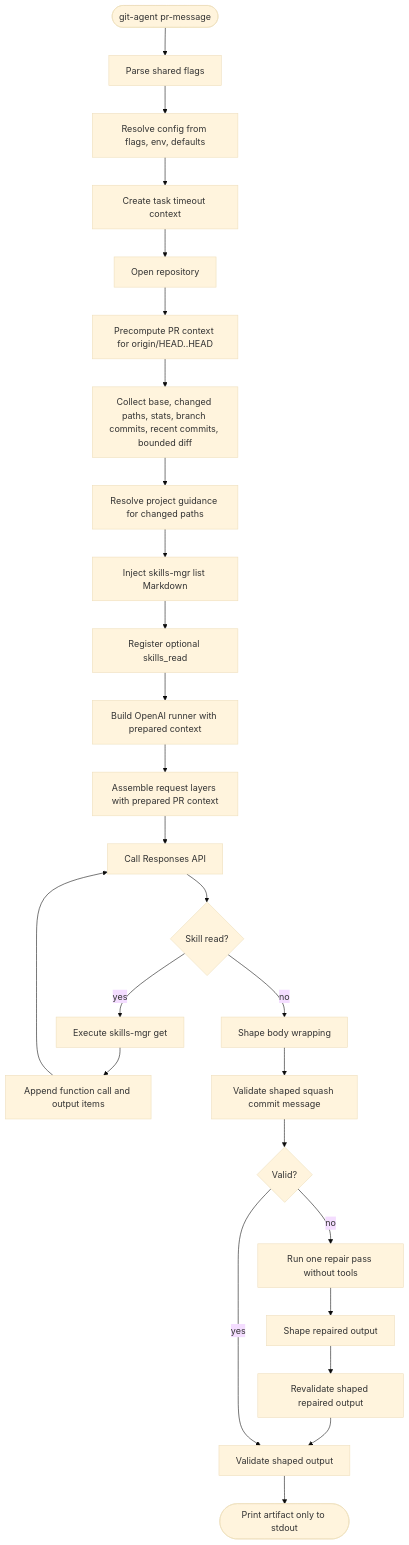
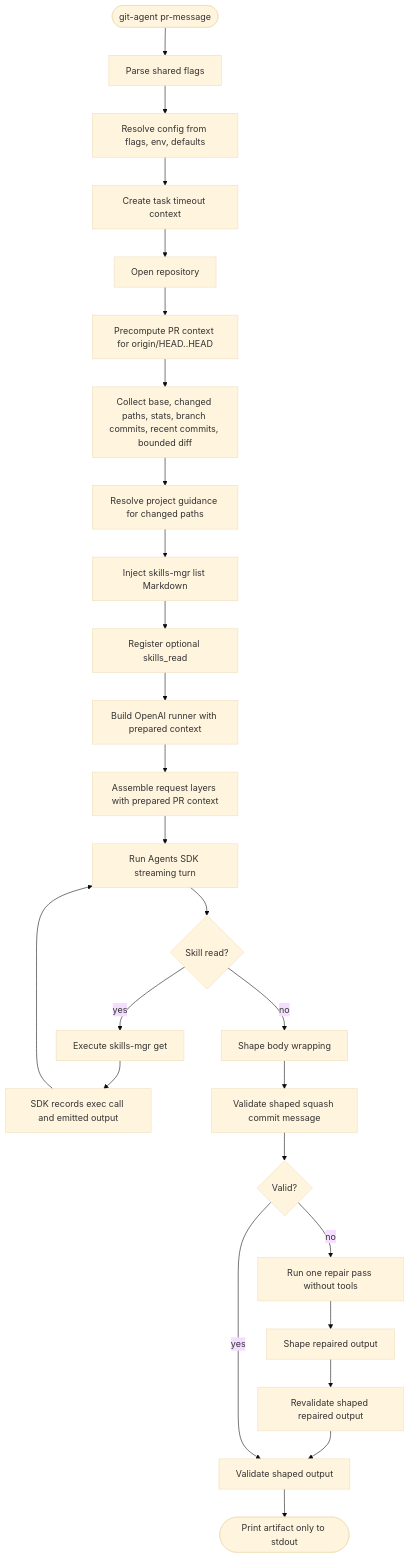
Before and after one commit to yusing/git-agent: the fourth of 5 diagrams in docs/spec.md, drawn with Mermaid (base theme). The commit also changed other lines of this file and 47 other files, not shown here.

First line of the commit message:
refactor(agent): migrate execution to the OpenAI Agents SDK

````diff
--- a/docs/spec.md
+++ b/docs/spec.md
@@ -1620,28 +1572,28 @@
 ```mermaid
 flowchart TD
     Start([git-agent pr-message]) --> Parse[Parse shared flags]
     Parse --> Resolve[Resolve config from flags, env, defaults]
     Resolve --> Timeout[Create task timeout context]
     Timeout --> OpenRepo[Open repository]
     OpenRepo --> Prepare[Precompute PR context for origin/HEAD..HEAD]
     Prepare --> Evidence[Collect base, changed paths, stats, branch commits, recent commits, bounded diff]
     Evidence --> Guidance[Resolve project guidance for changed paths]
     Guidance --> Skills[Inject skills-mgr list Markdown]
     Skills --> Registry[Register optional skills_read]
     Registry --> Runner[Build OpenAI runner with prepared context]
     Runner --> Request[Assemble request layers with prepared PR context]
-    Request --> Model[Call Responses API]
+    Request --> Model[Run Agents SDK streaming turn]
     Model --> ToolDecision{Skill read?}
     ToolDecision -- yes --> ExecuteSkill[Execute skills-mgr get]
-    ExecuteSkill --> Continue[Append function call and output items]
+    ExecuteSkill --> Continue[SDK records exec call and emitted output]
     Continue --> Model
     ToolDecision -- no --> Shape[Shape body wrapping]
     Shape --> Validate[Validate shaped squash commit message]
     Validate --> Valid{Valid?}
     Valid -- no --> Repair[Run one repair pass without tools]
     Repair --> Reshape[Shape repaired output]
     Reshape --> Revalidate[Revalidate shaped repaired output]
     Revalidate --> FinalValidate
     Valid -- yes --> FinalValidate[Validate shaped output]
     FinalValidate --> Stdout([Print artifact only to stdout])
 ```
````
